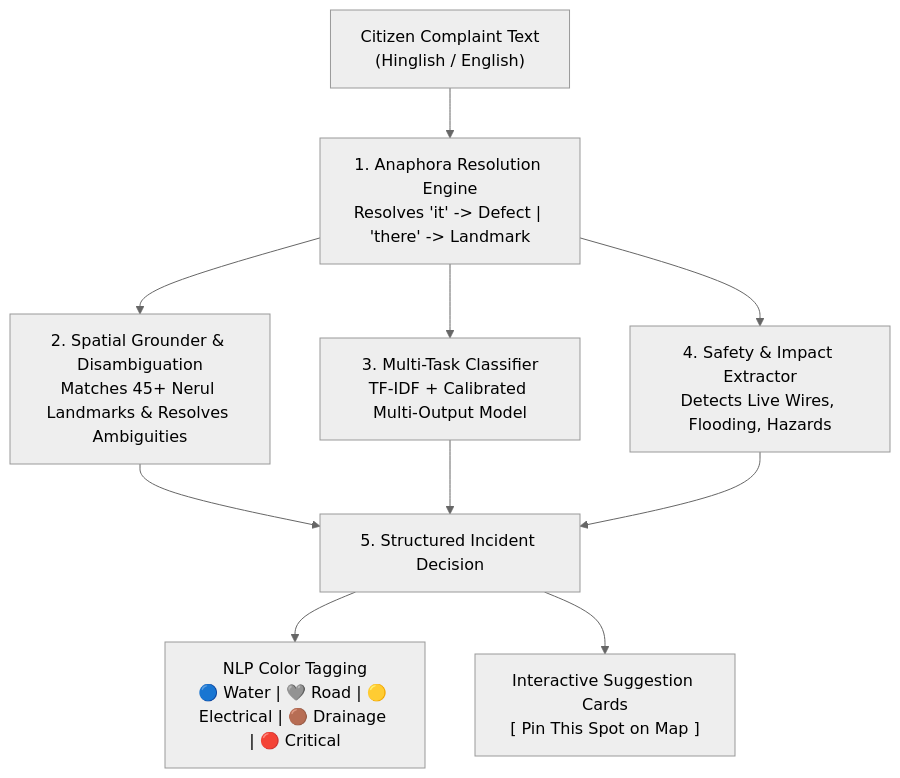
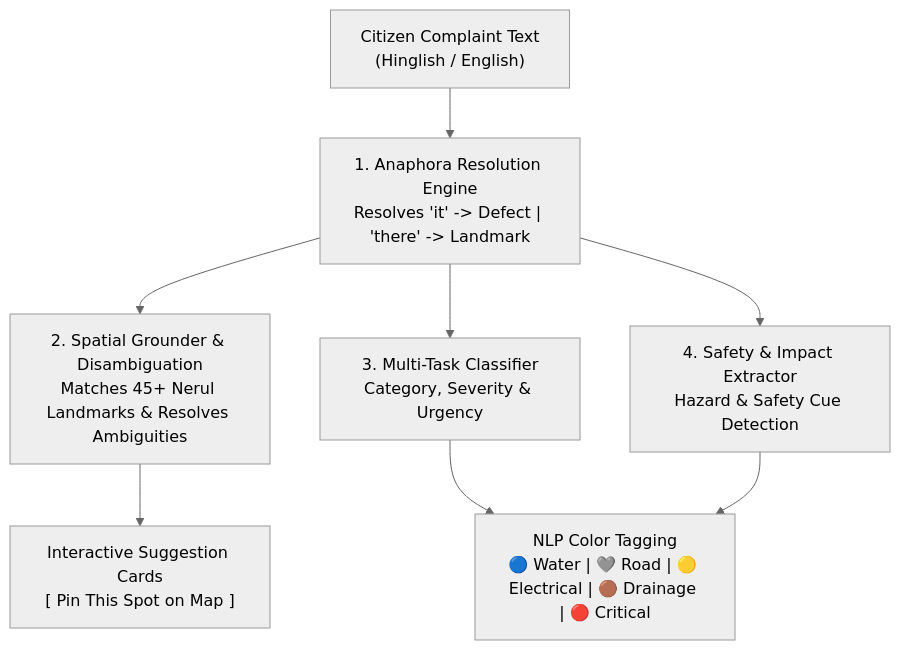
The diagram in README.md (kelinavipu/Metrospheric-Predictive-Intelligence-Decision-Support-for-Proactive-Urban-Infrastructure-Maintenance), drawn with Mermaid (neutral theme) before and after one commit.

Commit message:
docs: simplify diagram to end directly in NLP Color Tagging and Interactive Suggestion Cards

````diff
--- a/README.md
+++ b/README.md
@@ -39,17 +39,15 @@
 ```mermaid
 flowchart TD
     IN["Citizen Complaint Text<br/>(Hinglish / English)"]
     
     IN --> AR["1. Anaphora Resolution Engine<br/>Resolves 'it' -> Defect | 'there' -> Landmark"]
     
     AR --> SG["2. Spatial Grounder & Disambiguation<br/>Matches 45+ Nerul Landmarks & Resolves Ambiguities"]
-    AR --> MC["3. Multi-Task Classifier<br/>TF-IDF + Calibrated Multi-Output Model"]
-    AR --> SI["4. Safety & Impact Extractor<br/>Detects Live Wires, Flooding, Hazards"]
+    AR --> MC["3. Multi-Task Classifier<br/>Category, Severity & Urgency"]
+    AR --> SI["4. Safety & Impact Extractor<br/>Hazard & Safety Cue Detection"]
     
-    SG --> OUT["5. Structured Incident Decision"]
-    MC --> OUT
-    SI --> OUT
+    MC --> TAGS["NLP Color Tagging<br/>🔵 Water | 🩶 Road | 🟡 Electrical | 🟤 Drainage | 🔴 Critical"]
+    SI --> TAGS
     
-    OUT --> TAGS["NLP Color Tagging<br/>🔵 Water | 🩶 Road | 🟡 Electrical | 🟤 Drainage | 🔴 Critical"]
-    OUT --> PIN["Interactive Suggestion Cards<br/>[ Pin This Spot on Map ]"]
+    SG --> PIN["Interactive Suggestion Cards<br/>[ Pin This Spot on Map ]"]
 ```
````
